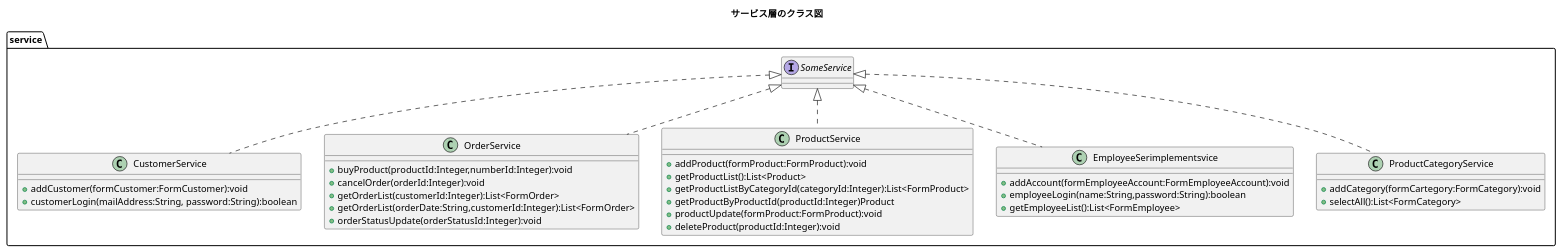
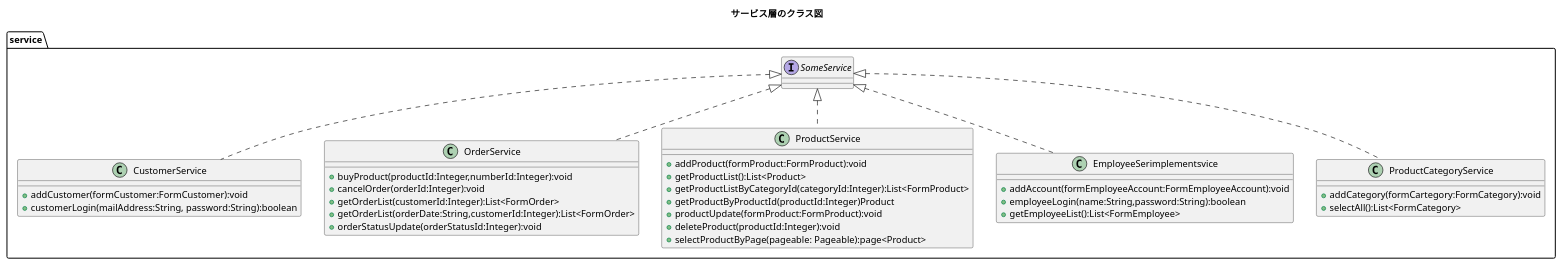
Before and after one commit to kanavii3333/ec-b: the diagram in plan/uml/class/service.plantuml, drawn with PlantUML.

Commit message:
Service.plantuml　pageable

```diff
--- a/plan/uml/class/service.plantuml
+++ b/plan/uml/class/service.plantuml
@@ -1,41 +1,42 @@
 @startuml
 title サービス層のクラス図
 package service{
 	class CustomerService implements SomeService{
 		+ addCustomer(formCustomer:FormCustomer):void
 		+ customerLogin(mailAddress:String, password:String):boolean
 	}
 	
 	class OrderService implements SomeService{
 		+ buyProduct(productId:Integer,numberId:Integer):void
 		+ cancelOrder(orderId:Integer):void
 		+ getOrderList(customerId:Integer):List<FormOrder>
 		+ getOrderList(orderDate:String,customerId:Integer):List<FormOrder>
 		+ orderStatusUpdate(orderStatusId:Integer):void
 	}
 	
 	class ProductService implements SomeService{
 		+ addProduct(formProduct:FormProduct):void
 		+ getProductList():List<Product>
 		+ getProductListByCategoryId(categoryId:Integer):List<FormProduct>
 		+ getProductByProductId(productId:Integer)Product
 		+ productUpdate(formProduct:FormProduct):void
 		+ deleteProduct(productId:Integer):void
+		+ selectProductByPage(pageable: Pageable):page<Product>
 	}
 
 
 	class EmployeeSerimplementsvice implements SomeService{
 		+ addAccount(formEmployeeAccount:FormEmployeeAccount):void
 		+ employeeLogin(name:String,password:String):boolean
 		+ getEmployeeList():List<FormEmployee>
 	}
 	
 	class ProductCategoryService implements SomeService{
 		+ addCategory(formCartegory:FormCategory):void
 		+ selectAll():List<FormCategory>
 	}	
 }
 
 
 
 @enduml
```
